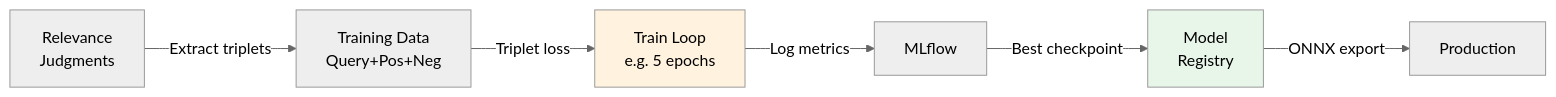
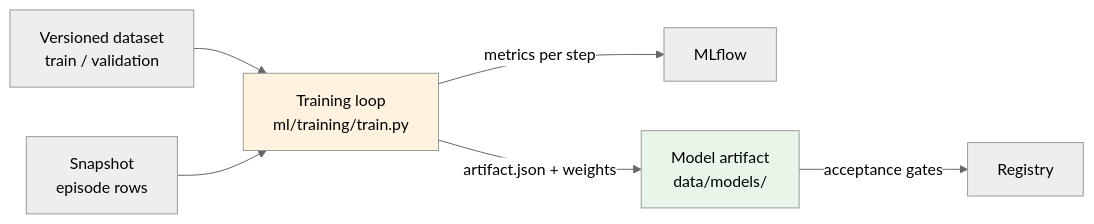
The second of 3 diagrams in docs/08-models.md (poornanat1/podcast-retrieval), drawn with Mermaid (neutral theme) before and after one commit. The commit also changed other lines of this file and 11 other files, not shown here.

First line of the commit message:
feat: add two-tower training loop with masked contrastive softmax loss

````diff
--- a/docs/08-models.md
+++ b/docs/08-models.md
@@ -128,11 +128,11 @@
 ```mermaid
 graph LR
-    A["Relevance<br/>Judgments"] -->|"Extract triplets"| B["Training Data<br/>Query+Pos+Neg"]
-    B -->|"Triplet loss"| C["Train Loop<br/>e.g. 5 epochs"]
-    C -->|"Log metrics"| D["MLflow"]
-    D -->|"Best checkpoint"| E["Model<br/>Registry"]
-    E -->|"ONNX export"| F["Production"]
-    
+    A["Versioned dataset<br/>train / validation"] --> C["Training loop<br/>ml/training/train.py"]
+    B["Snapshot<br/>episode rows"] --> C
+    C -->|"metrics per step"| D["MLflow"]
+    C -->|"artifact.json + weights"| E["Model artifact<br/>data/models/"]
+    E -->|"acceptance gates"| F["Registry"]
+
     style C fill:#fff3e0
     style E fill:#e8f5e9
 ```
````
